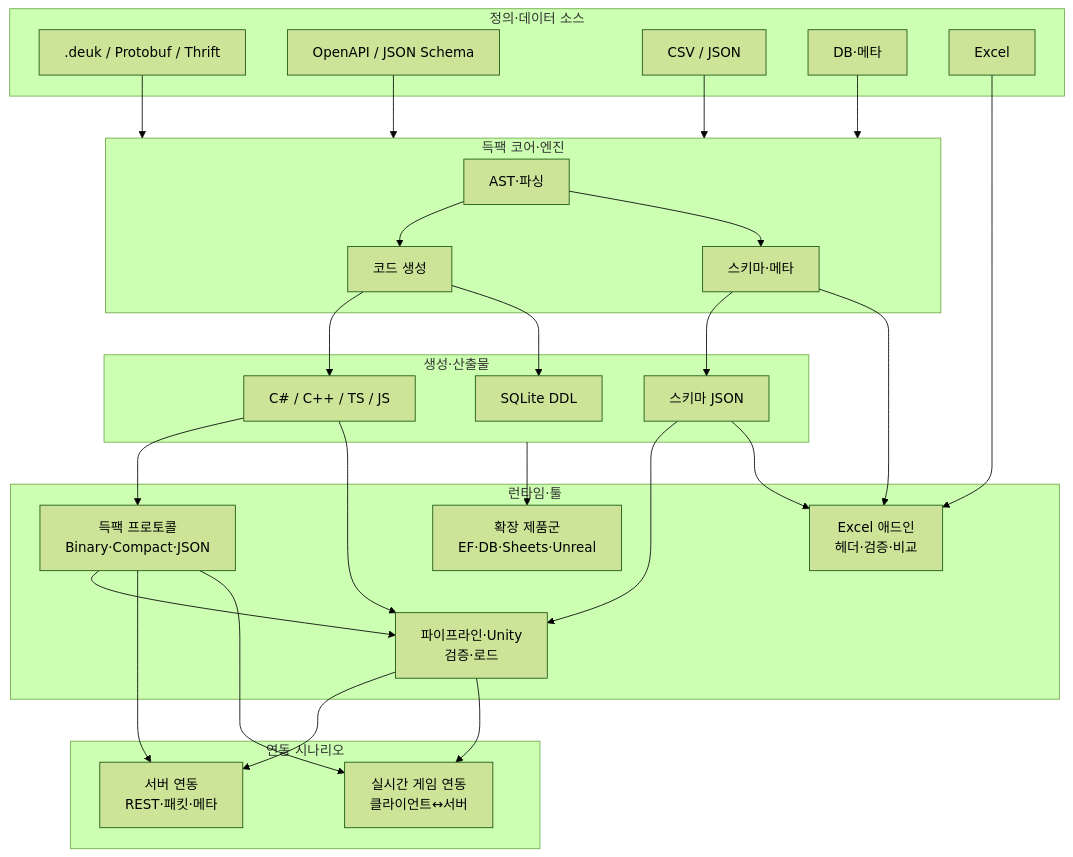
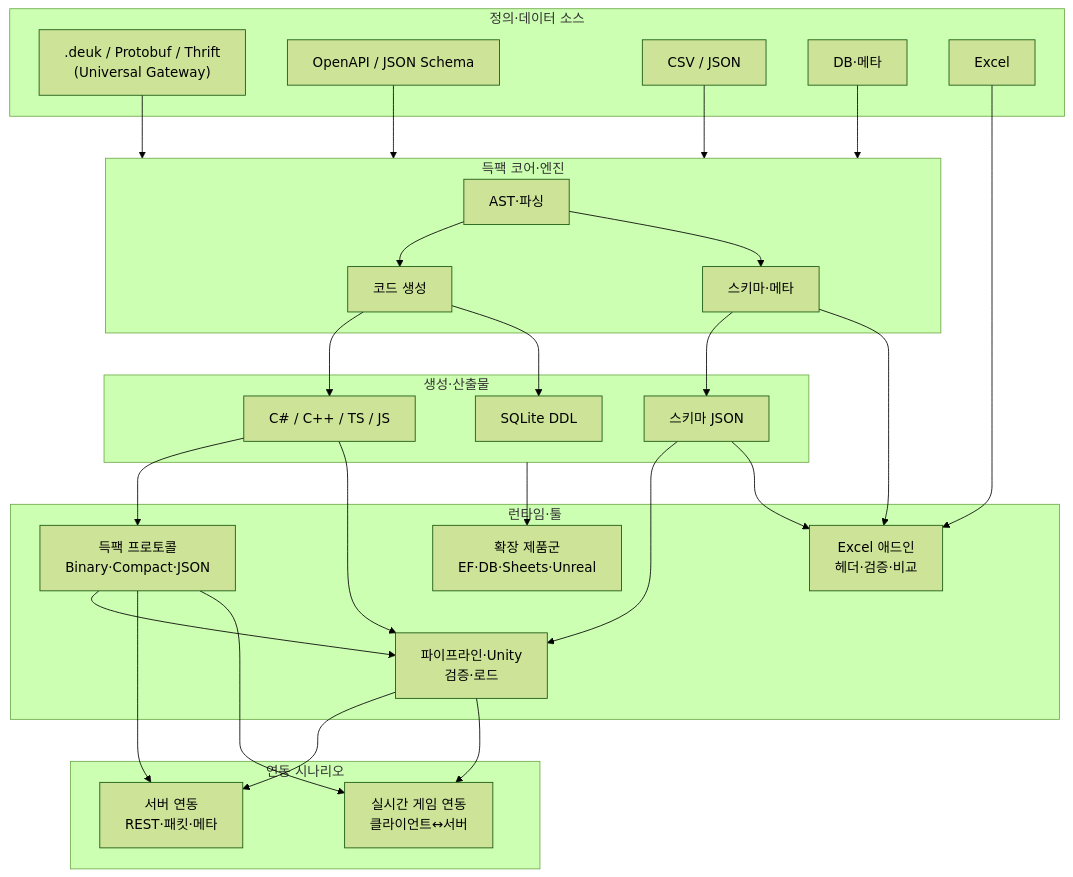
One commit to joygram/deukpack.app changed the first of 2 diagrams in docs/architecture.ko.md. Above: the diagram before and after it, drawn with Mermaid (forest theme). The commit also changed other lines of this file and 31 other files, not shown here.

Commit message:
docs: reflect 'Universal IDL Gateway' in product pages

````diff
--- a/docs/architecture.ko.md
+++ b/docs/architecture.ko.md
@@ -9,56 +9,56 @@
 ``` mermaid
 flowchart TB
   subgraph 입력["정의·데이터 소스"]
-    IDL[".deuk / Protobuf / Thrift"]
+    IDL[".deuk / Protobuf / Thrift<br/>(Universal Gateway)"]
     OAS["OpenAPI / JSON Schema"]
     CSV["CSV / JSON"]
     DB["DB·메타"]
     XL["Excel"]
   end
 
   subgraph 코어["득팩 코어·엔진"]
     AST["AST·파싱"]
     GEN["코드 생성"]
     SCH["스키마·메타"]
     AST --> GEN
     AST --> SCH
   end
 
   subgraph 산출["생성·산출물"]
     CODE["C# / C++ / TS / JS"]
     SQL["SQLite DDL"]
     JSON["스키마 JSON"]
     GEN --> CODE
     GEN --> SQL
     SCH --> JSON
   end
 
   subgraph 런타임["런타임·툴"]
     PROTO["득팩 프로토콜<br/>Binary·Compact·JSON"]
     EXCEL["Excel 애드인<br/>헤더·검증·비교"]
     PIPE["파이프라인·Unity<br/>검증·로드"]
     EXT["확장 제품군<br/>EF·DB·Sheets·Unreal"]
   end
 
   subgraph 연동["연동 시나리오"]
     SVR["서버 연동<br/>REST·패킷·메타"]
     RT["실시간 게임 연동<br/>클라이언트↔서버"]
   end
 
   IDL --> 코어
   OAS --> 코어
   CSV --> 코어
   DB --> 코어
   XL --> EXCEL
   SCH --> EXCEL
   CODE --> PROTO
   CODE --> PIPE
   JSON --> PIPE
   JSON --> EXCEL
   산출 --> EXT
   PROTO --> PIPE
   PROTO --> SVR
   PROTO --> RT
   PIPE --> SVR
   PIPE --> RT
 ```
````
